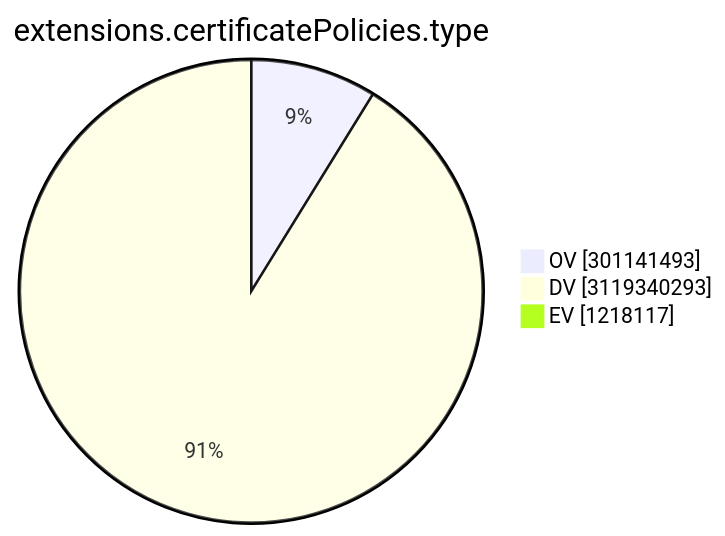
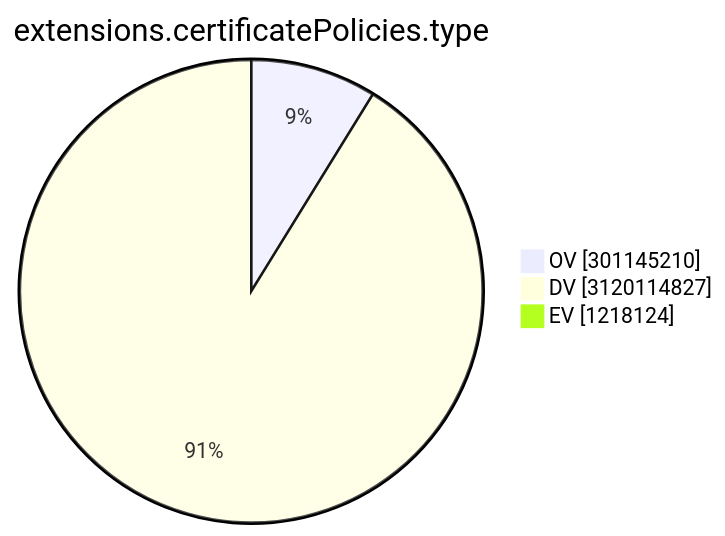
Before and after one commit to christiankrug/ctmonitor_visualization: the ninth of 15 diagrams in TOTAL/README.md, drawn with Mermaid. The commit also changed other lines of this file, not shown here.

````diff
--- a/TOTAL/README.md
+++ b/TOTAL/README.md
@@ -3104,7 +3104,7 @@
 ```mermaid
 pie showData
 title extensions.certificatePolicies.type
-"OV" :301141493
-"DV" :3119340293
-"EV" :1218117
+"OV" :301145210
+"DV" :3120114827
+"EV" :1218124
 ```
````
